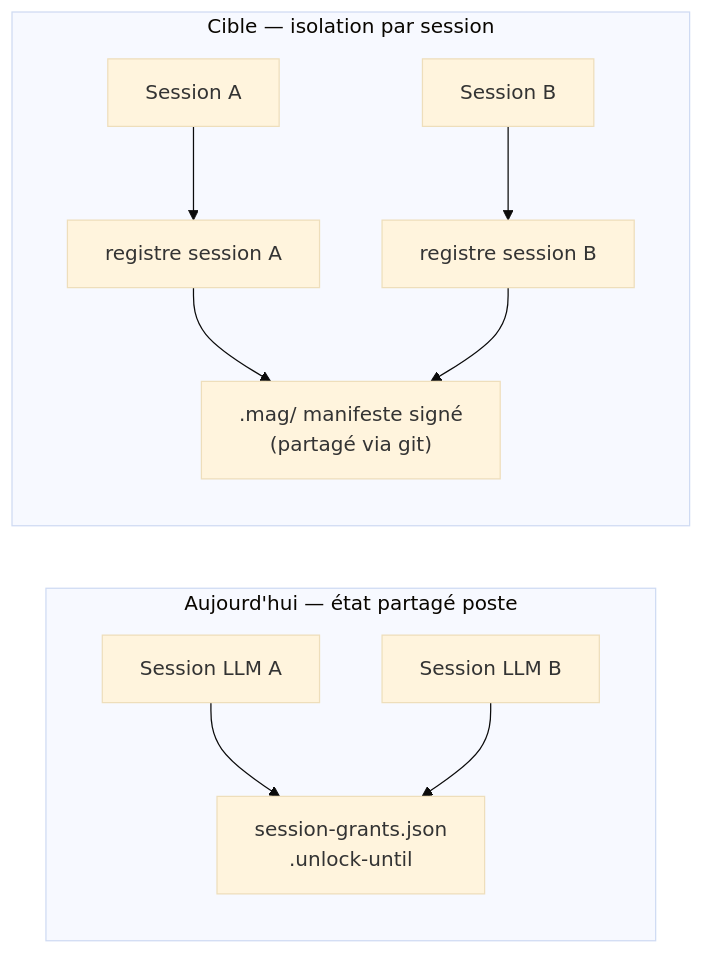
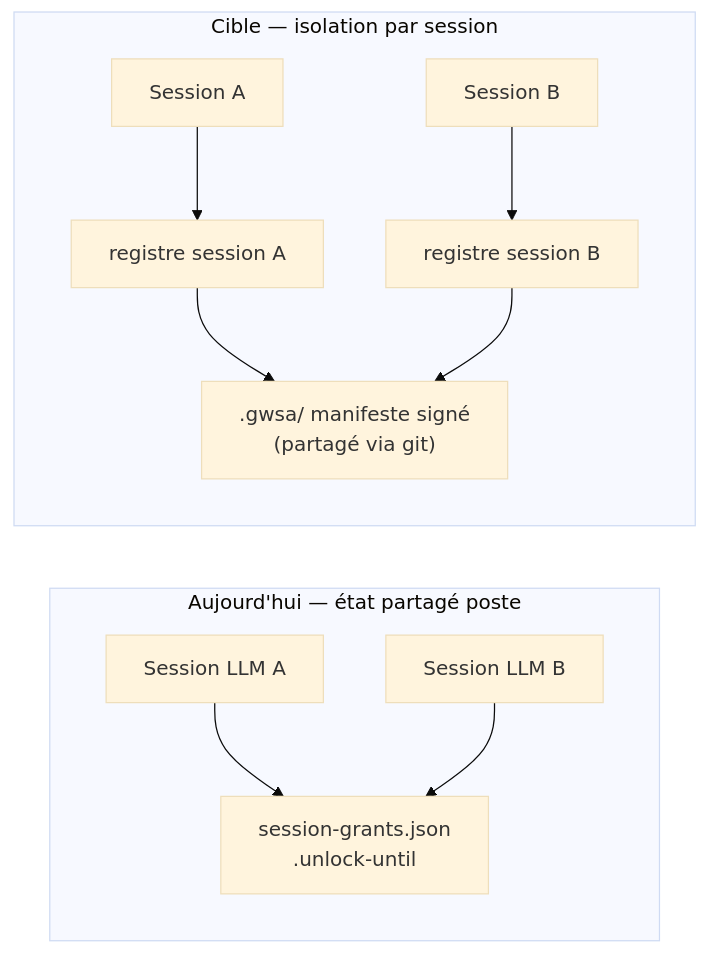
One commit to elzinko/google-mcp-multi-account changed the fourth of 7 diagrams in features/0045-capacites-projet-signees.md. Above: the diagram before and after it, drawn with Mermaid (base theme). The commit also changed other lines of this file and 11 other files, not shown here.

````diff
--- a/features/0045-capacites-projet-signees.md
+++ b/features/0045-capacites-projet-signees.md
@@ -451,22 +451,22 @@
 ```mermaid
 flowchart LR
   subgraph aujourdhui [Aujourd'hui — état partagé poste]
     S1[Session LLM A]
     S2[Session LLM B]
     POOL["session-grants.json\n.unlock-until"]
     S1 --> POOL
     S2 --> POOL
   end
 
   subgraph cible [Cible — isolation par session]
     SA[Session A]
     SB[Session B]
     RA["registre session A"]
     RB["registre session B"]
-    PROJ[".mag/ manifeste signé\n(partagé via git)"]
+    PROJ[".gwsa/ manifeste signé\n(partagé via git)"]
     SA --> RA
     SB --> RB
     RA --> PROJ
     RB --> PROJ
   end
 ```
````
